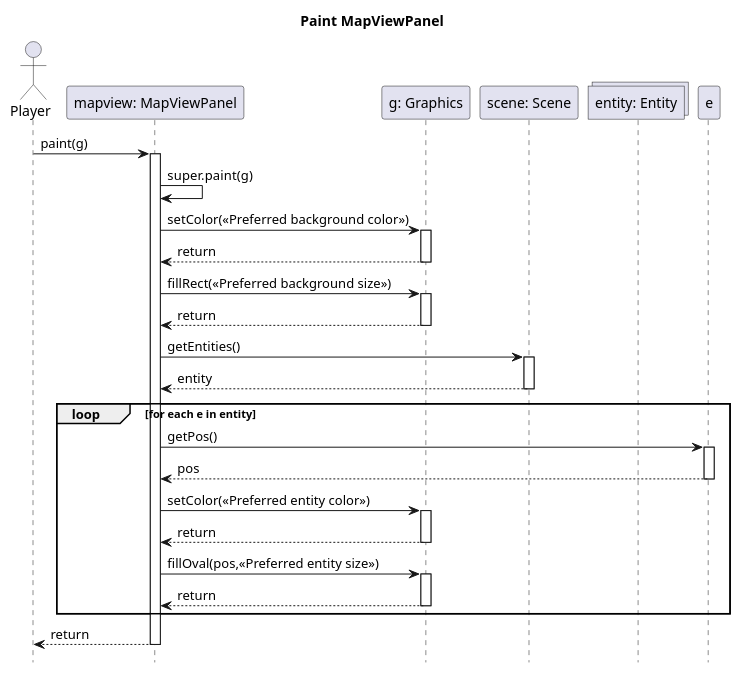
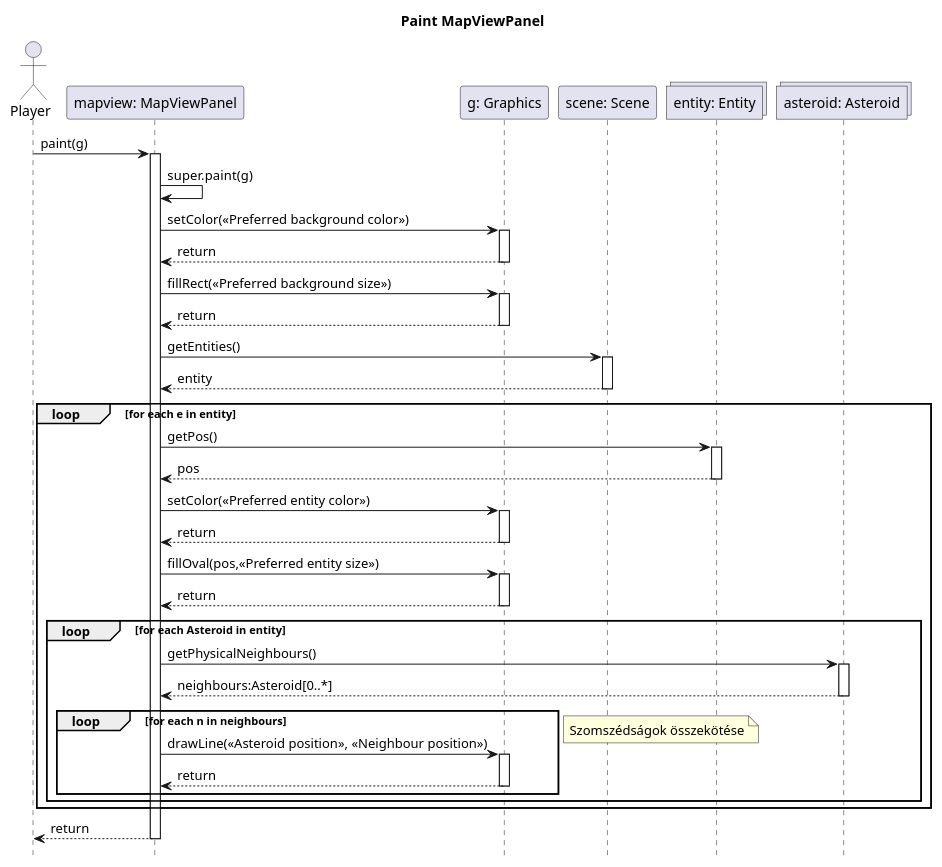
Before and after one commit to viseguard-studios/Documentation: the diagram in docs/bead11/seq/paint.puml, drawn with PlantUML. The commit also changed 10 other files, not shown here.

```diff
--- a/docs/bead11/seq/paint.puml
+++ b/docs/bead11/seq/paint.puml
@@ -1,32 +1,46 @@
 @startuml
 hide footbox
 title Paint MapViewPanel 
 
 actor Player as player
 participant "mapview: MapViewPanel" as mapview
 participant "g: Graphics" as g
 participant "scene: Scene" as scene
 collections "entity: Entity" as entity
+collections "asteroid: Asteroid" as asteroid
+
 
 
 player -> mapview++: paint(g)
 
 mapview -> mapview: super.paint(g)
 mapview -> g++: setColor(<<Preferred background color>>)
 g --> mapview--: return
 mapview -> g++: fillRect(<<Preferred background size>>)
 g --> mapview--: return 
 mapview -> scene++: getEntities()
 scene -->mapview--: entity
 loop for each e in entity 
-    mapview -> e++: getPos()
-    e-->mapview--: pos
+    mapview -> entity++: getPos()
+    entity-->mapview--: pos
     mapview -> g++: setColor(<<Preferred entity color>>)
     g--> mapview--: return
     mapview -> g++: fillOval(pos,<<Preferred entity size>>)
     g--> mapview--: return
+
+    loop for each Asteroid in entity
+    mapview->asteroid++: getPhysicalNeighbours()
+    asteroid-->mapview--: neighbours:Asteroid[0..*]
+        loop for each n in neighbours
+        mapview -> g++: drawLine(<<Asteroid position>>, <<Neighbour position>>)
+        g-->mapview--: return
+        end
+        note right
+        Szomszédságok összekötése
+        end note
+    end
 end
 
 mapview --> player--: return
 
 @enduml
```
